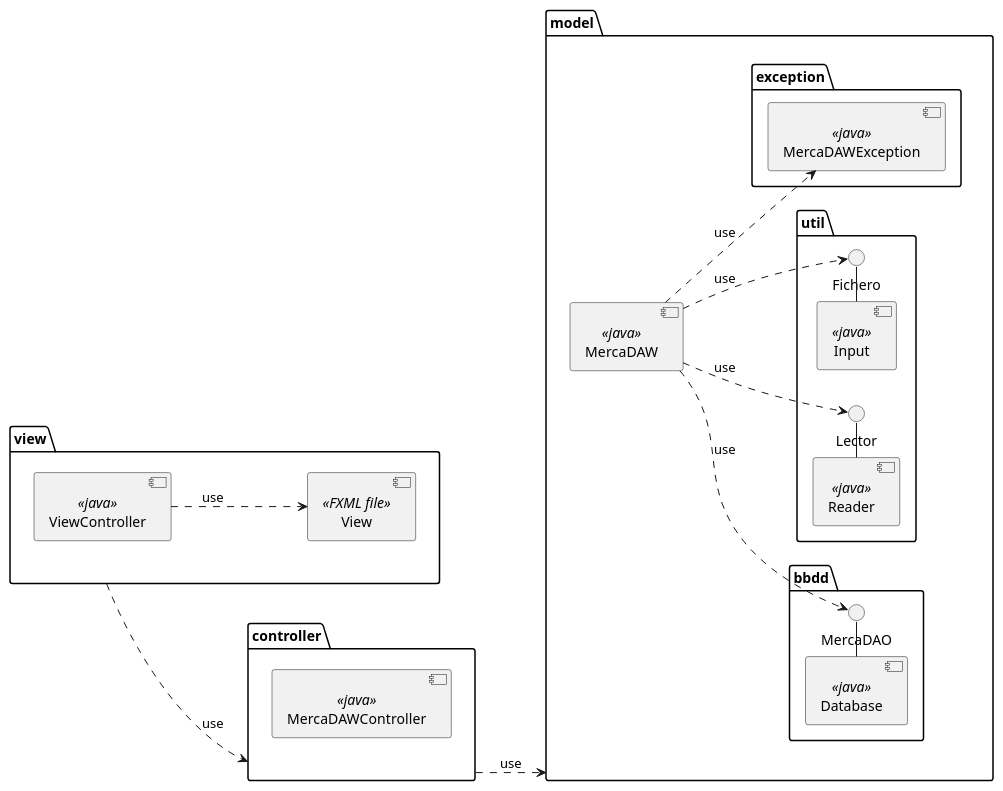
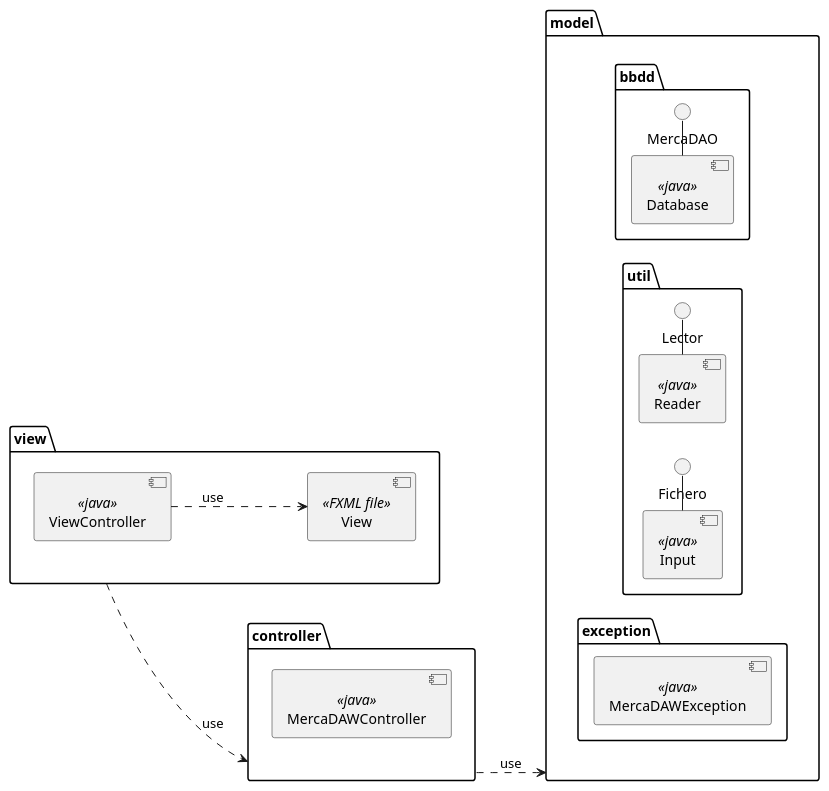
Before and after one commit to dmadcha/mercadaw_trabajo_ev3: the second of 2 diagrams in design/Componentes.pu, drawn with PlantUML.

Commit message:
model fix

```diff
--- a/design/Componentes.pu
+++ b/design/Componentes.pu
@@ -12,60 +12,51 @@
 @startuml disenyo
 
 left to right direction
 
 package view{
 
     component View <<FXML file>>
 
     component ViewController <<java>>
 }
 
 package controller{
     component MercaDAWController <<java>>
 
 }
 
 package model{
-
-    component MercaDAW <<java>>
 
     package bbdd{
         component Database <<java>>
         () "MercaDAO" as DA
     }
 
     package util{
         component Reader <<java>>
           () "Lector" as Lector
         component Input <<java>>
           () "Fichero" as Fichero
 
     }
 
     package exception{
         component MercaDAWException <<java>>
     }
 
 
     ViewController ..> View: use
 
     view ..> controller: use
 
 
     controller ..> model: use
 
-
-    MercaDAW ..> MercaDAWException: use
-
-    MercaDAW ..> DA: use
-    MercaDAW ..> Lector: use
-    MercaDAW ..> Fichero: use
-
     Database - DA
     Reader - Lector
     Input - Fichero
 
 
 }
 
 @enduml
```
